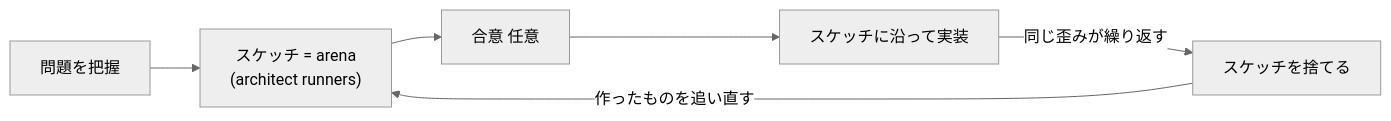
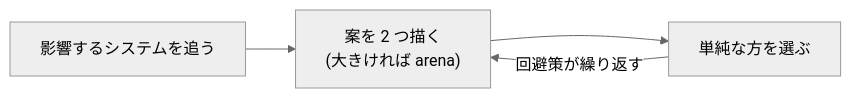
Before and after one commit to souljazzfunk/lab: the sixth of 12 diagrams in pstack-cc/docs/skill-map.ja.md, drawn with Mermaid (neutral theme). The commit also changed other lines of this file and 140 other files, not shown here.

First line of the commit message:
pstack: 上流 3fa33bb に追従し、reflect・architect・multi-phase-plan の簡素化と新しい既定に合わせる (#84)

````diff
--- a/pstack-cc/docs/skill-map.ja.md
+++ b/pstack-cc/docs/skill-map.ja.md
@@ -136,8 +136,6 @@
 ```mermaid
 flowchart LR
-  A[問題を把握] --> B["スケッチ = arena<br/>(architect runners)"]
-  B --> C[合意 任意]
-  C --> D[スケッチに沿って実装]
-  D -->|同じ歪みが繰り返す| E[スケッチを捨てる]
-  E -->|作ったものを追い直す| B
+  A[影響するシステムを追う] --> B["案を 2 つ描く<br/>(大きければ arena)"]
+  B --> C[単純な方を選ぶ]
+  C -->|回避策が繰り返す| B
 ```
````
